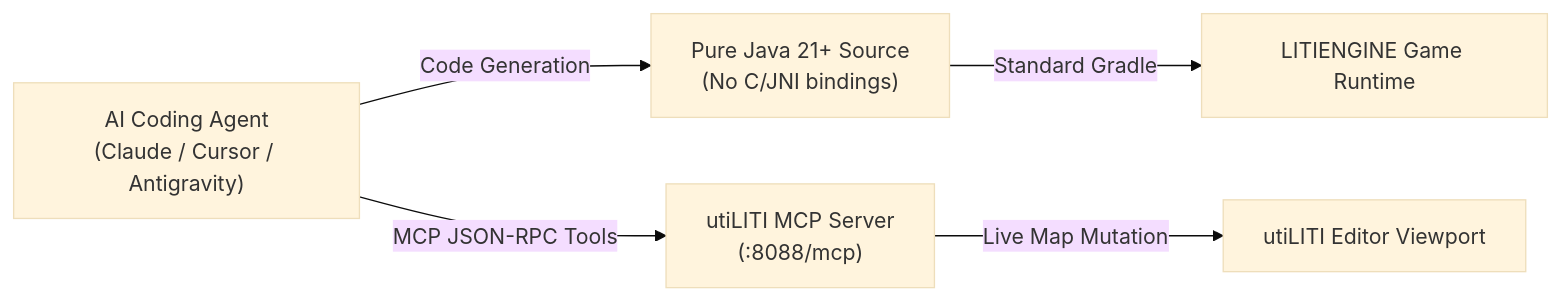
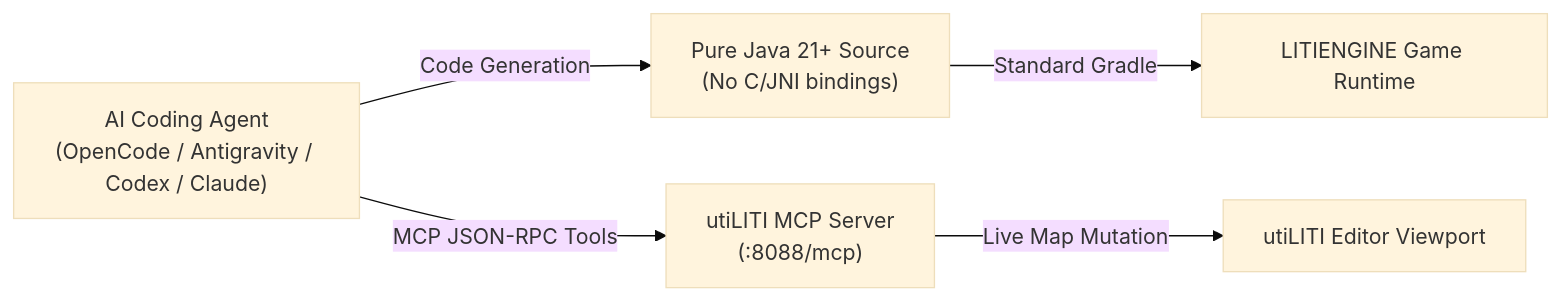
The diagram in docs/tutorials/ai-game-development.md (gurkenlabs/litiengine-docs), drawn with Mermaid (base theme) before and after one commit. The commit also changed other lines of this file and 2 other files, not shown here.

First line of the commit message:
docs(ai): prioritize OpenCode (OSS), add Google Antigravity & Codex, polish MCP tabs

````diff
--- a/docs/tutorials/ai-game-development.md
+++ b/docs/tutorials/ai-game-development.md
@@ -16,7 +18,7 @@
 ```mermaid
 graph LR
-    AI["AI Coding Agent<br/>(Claude / Cursor / Antigravity)"] -->|Code Generation| SRC["Pure Java 21+ Source<br/>(No C/JNI bindings)"]
+    AI["AI Coding Agent<br/>(OpenCode / Antigravity / Codex / Claude)"] -->|Code Generation| SRC["Pure Java 21+ Source<br/>(No C/JNI bindings)"]
     AI -->|MCP JSON-RPC Tools| MCP["utiLITI MCP Server<br/>(:8088/mcp)"]
     MCP -->|Live Map Mutation| MAP["utiLITI Editor Viewport"]
     SRC -->|Standard Gradle| GAME["LITIENGINE Game Runtime"]
 ```
````
